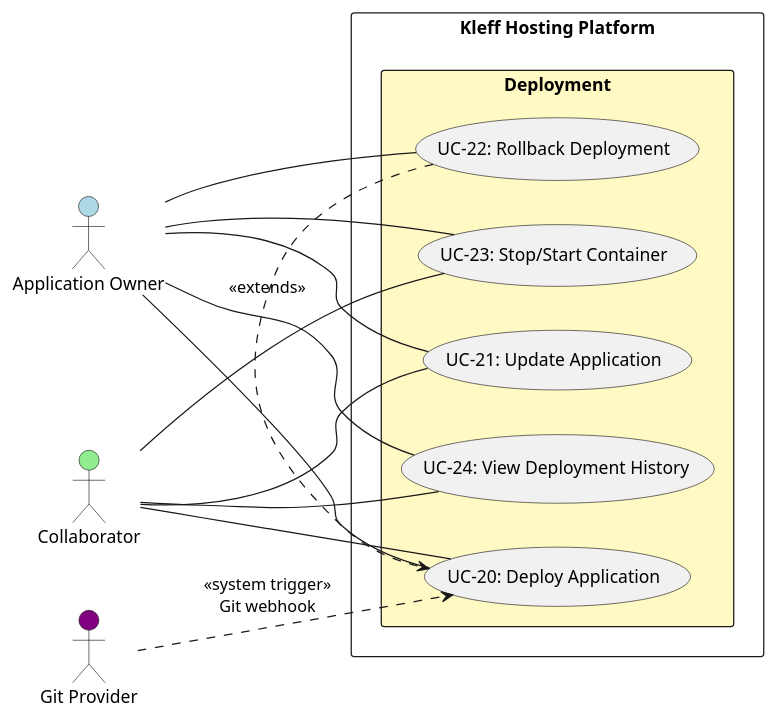
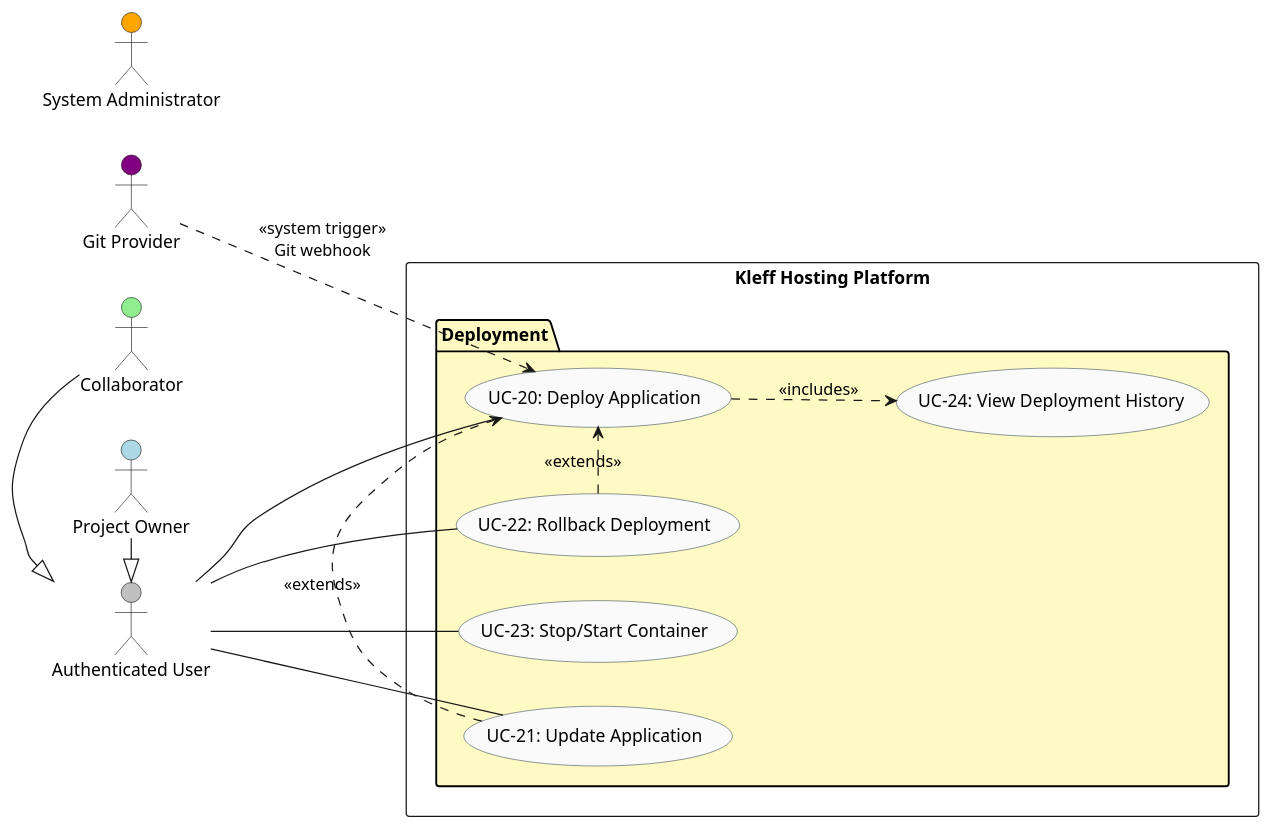
The diagram in docs/Deployment/DeploymentUseCase.puml (kleffio/.github), drawn with PlantUML before and after one commit. The commit also changed 5 other files, not shown here.

```diff
--- a/docs/Deployment/DeploymentUseCase.puml
+++ b/docs/Deployment/DeploymentUseCase.puml
@@ -1,38 +1,47 @@
 @startuml Kleff Hosting - Deployment Use Cases
 left to right direction
-skinparam packageStyle rectangle
+skinparam shadowing false
+skinparam usecase {
+  BackgroundColor #FAFAFA
+  BorderColor #455A64
+  RoundCorner 14
+}
 
-actor "Application Owner" as Owner #lightblue
+' ==== Actors ====
+actor "Authenticated User" as AuthUser #silver
+actor "Project Owner" as Owner #lightblue
 actor "Collaborator" as Collab #lightgreen
+actor "System Administrator" as Admin #orange
 actor "Git Provider" as Git #purple
 
+Owner -|> AuthUser
+Collab -|> AuthUser
+
 rectangle "Kleff Hosting Platform" {
+
   package "Deployment" #FFF9C4 {
     usecase "UC-20: Deploy Application" as UC20
     usecase "UC-21: Update Application" as UC21
     usecase "UC-22: Rollback Deployment" as UC22
     usecase "UC-23: Stop/Start Container" as UC23
     usecase "UC-24: View Deployment History" as UC24
   }
 }
 
-' Owner
-Owner -- UC20
-Owner -- UC21
-Owner -- UC22
-Owner -- UC23
-Owner -- UC24
+' ==== Actor Relationships ====
+AuthUser -- UC20
+AuthUser -- UC21
+AuthUser -- UC22
+AuthUser -- UC23
 
-' Collaborator
-Collab -- UC20
-Collab -- UC21
-Collab -- UC23
-Collab -- UC24
-
-' System trigger
+' ==== System Trigger ====
 Git ..> UC20 : <<system trigger>>\nGit webhook
 
-' Extends
+' ==== EXTENDS ====
+UC21 .> UC20 : <<extends>>
 UC22 .> UC20 : <<extends>>
 
+' ==== INCLUDES ====
+UC20 ..> UC24 : <<includes>>
+
 @enduml
```
